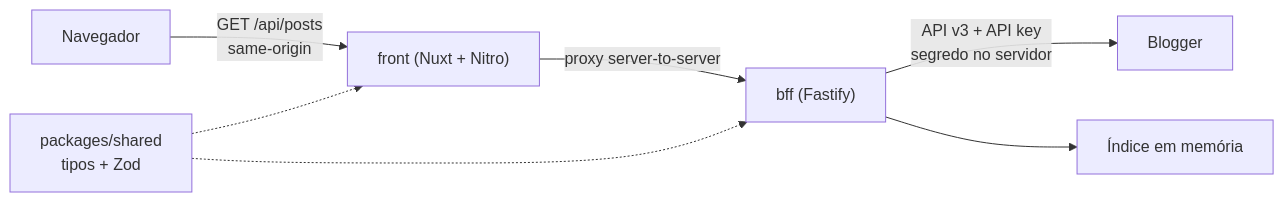
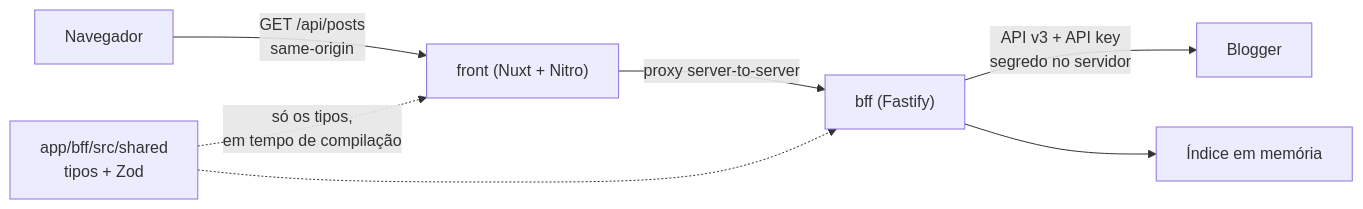
The diagram in docs/arquitetura.md (mochiemi/baguncinhas), drawn with Mermaid before and after one commit. The commit also changed other lines of this file and 1 other file, not shown here.

Commit message:
Atualiza a documentacao: codigo compartilhado agora vive dentro do bff

````diff
--- a/docs/arquitetura.md
+++ b/docs/arquitetura.md
@@ -30,9 +30,9 @@
 ```mermaid
 flowchart LR
     B["Navegador"] -->|"GET /api/posts<br/>same-origin"| F["front (Nuxt + Nitro)"]
     F -->|"proxy server-to-server"| P["bff (Fastify)"]
     P -->|"API v3 + API key<br/>segredo no servidor"| G["Blogger"]
     P --> I["Índice em memória"]
-    S["packages/shared<br/>tipos + Zod"] -.-> F
-    S -.-> P
+    S["app/bff/src/shared<br/>tipos + Zod"] -.-> P
+    S -.->|"só os tipos,<br/>em tempo de compilação"| F
 ```
````
